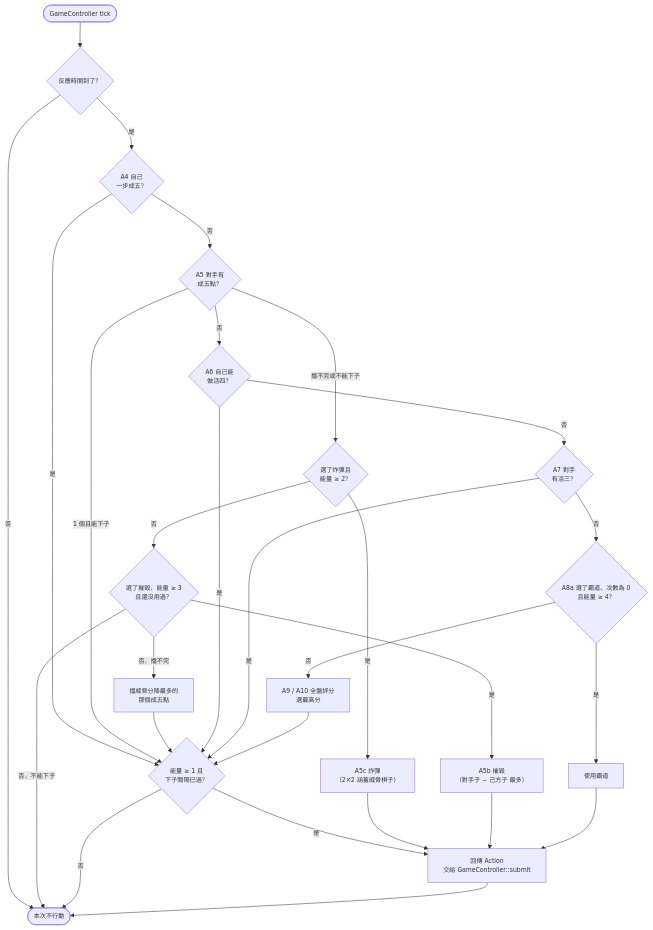
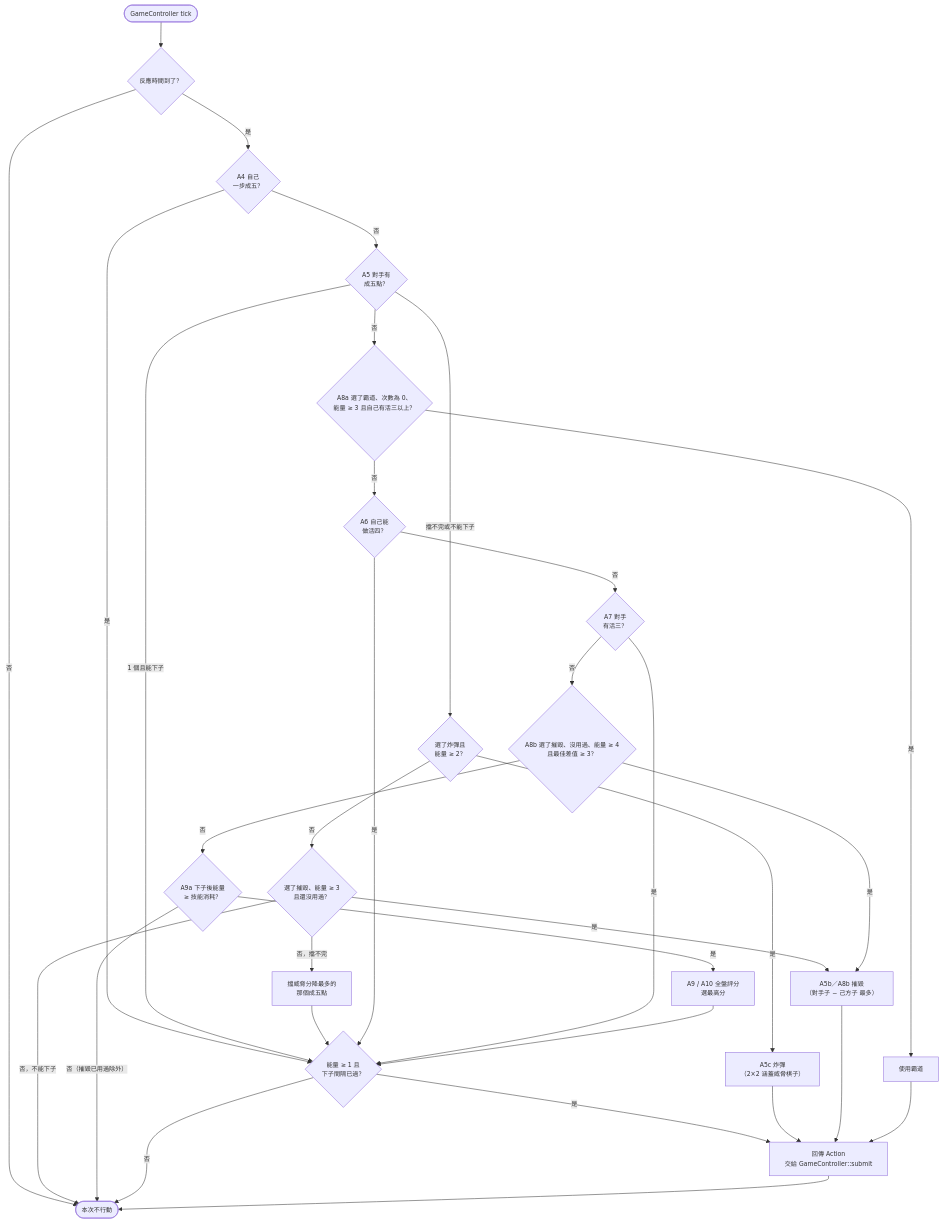
Before and after one commit to i0cRAY/gomoku_new: the second of 2 diagrams in docs/design.md, drawn with Mermaid. The commit also changed other lines of this file and 7 other files, not shown here.

````diff
--- a/docs/design.md
+++ b/docs/design.md
@@ -395,32 +396,36 @@
 ```mermaid
 %%{init: {"flowchart": {"useMaxWidth": true}, "themeVariables": {"fontSize": "12px"}}}%%
 flowchart TD
 Place{"能量 ≥ 1 且<br/>下子間隔已過？"}
 Start([GameController tick]) --> Ready{"反應時間到了？"}
 Ready -->|否| End([本次不行動])
 Ready -->|是| Win{"A4 自己<br/>一步成五？"}
 Win -->|是| Place
 Win -->|否| Threat{"A5 對手有<br/>成五點？"}
 Threat -->|"1 個且能下子"| Place
 Threat -->|"擋不完或不能下子"| Bomb{"選了炸彈且<br/>能量 ≥ 2？"}
 Bomb -->|是| UseBomb["A5c 炸彈<br/>（2×2 涵蓋威脅棋子）"]
 Bomb -->|否| Destroy{"選了摧毀、能量 ≥ 3<br/>且還沒用過？"}
-Destroy -->|是| UseDestroy["A5b 摧毀<br/>（對手子 − 己方子 最多）"]
+Destroy -->|是| UseDestroy["A5b／A8b 摧毀<br/>（對手子 − 己方子 最多）"]
 Destroy -->|"否，擋不完"| BlockOne["擋威脅分降最多的<br/>那個成五點"]
 Destroy -->|"否，不能下子"| End
 BlockOne --> Place
-Threat -->|否| Four{"A6 自己能<br/>做活四？"}
+Threat -->|否| Dom{"A8a 選了霸道、次數為 0、<br/>能量 ≥ 3 且自己有活三以上？"}
+Dom -->|是| UseDom[使用霸道]
+Dom -->|否| Four{"A6 自己能<br/>做活四？"}
 Four -->|是| Place
 Four -->|否| Three{"A7 對手<br/>有活三？"}
 Three -->|是| Place
-Three -->|否| Dom{"A8a 選了霸道、次數為 0<br/>且能量 ≥ 4？"}
-Dom -->|是| UseDom[使用霸道]
-Dom -->|否| Eval["A9 / A10 全盤評分<br/>選最高分"]
+Three -->|否| Gain{"A8b 選了摧毀、沒用過、能量 ≥ 4<br/>且最佳差值 ≥ 3？"}
+Gain -->|是| UseDestroy
+Gain -->|否| Reserve{"A9a 下子後能量<br/>≥ 技能消耗？"}
+Reserve -->|"否（摧毀已用過除外）"| End
+Reserve -->|是| Eval["A9 / A10 全盤評分<br/>選最高分"]
 Eval --> Place
 Place -->|是| Send["回傳 Action<br/>交給 GameController::submit"]
 Place -->|否| End
 UseBomb --> Send
 UseDestroy --> Send
 UseDom --> Send
 Send --> End
 ```
````
